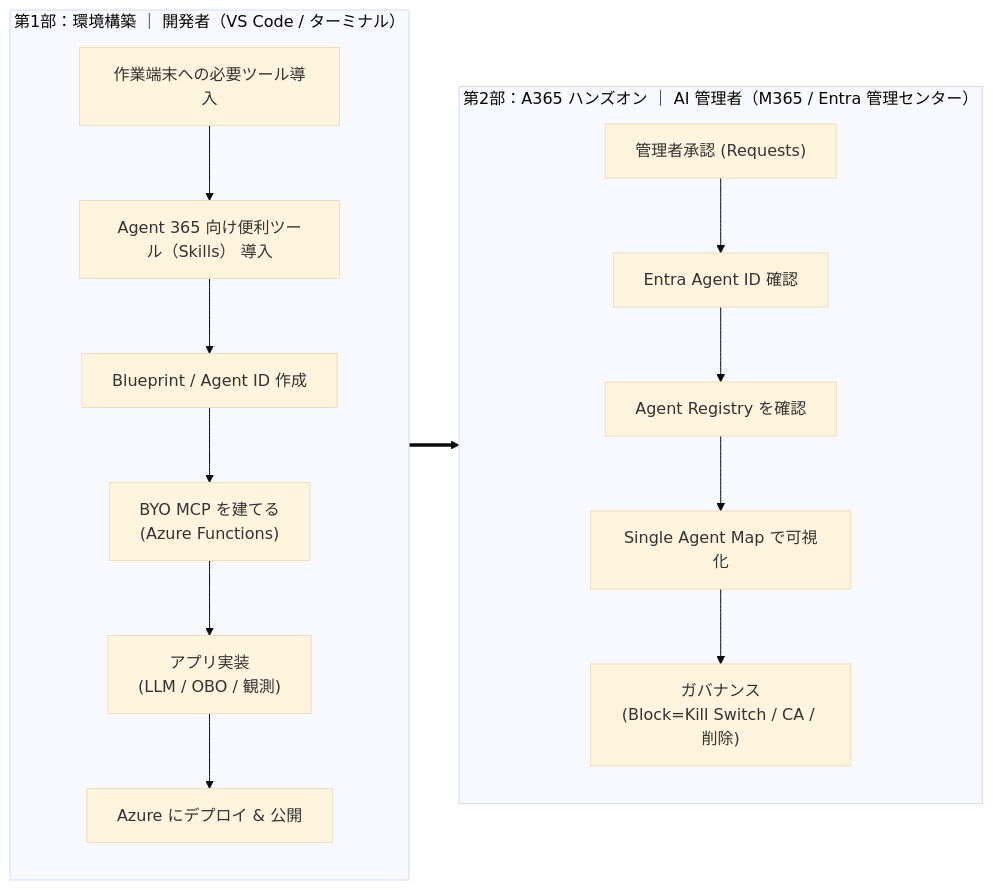
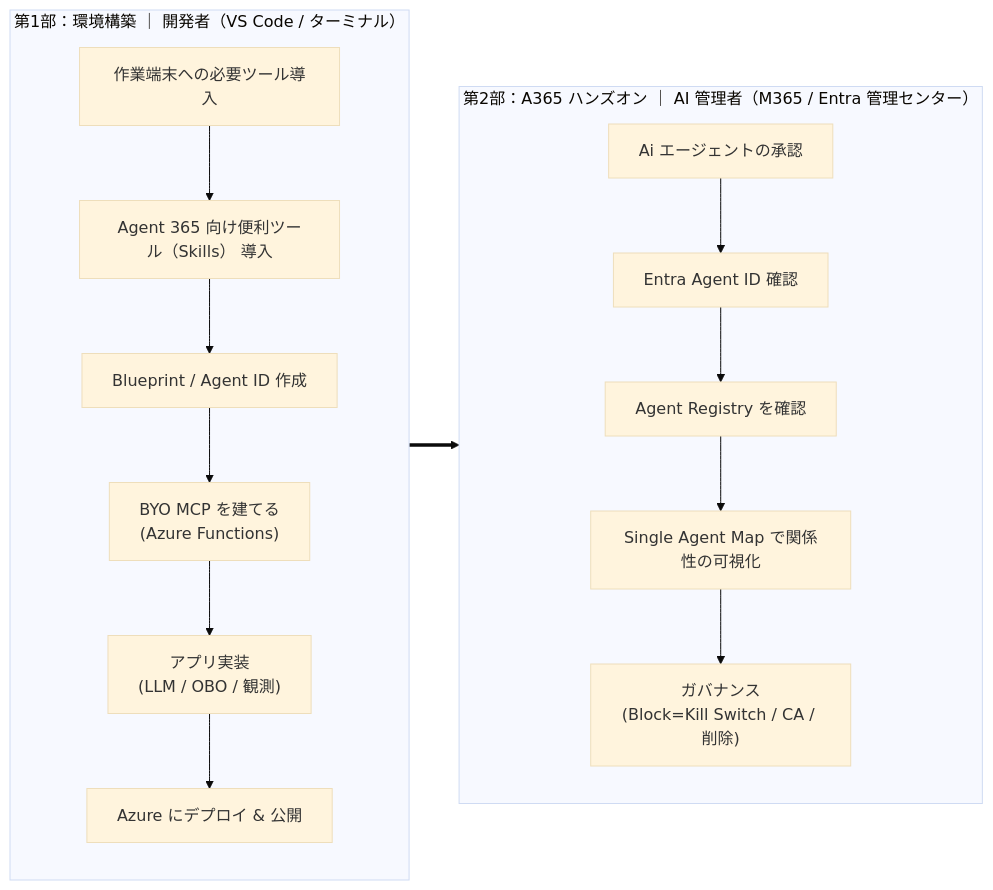
One commit to fatman3110/Agent365-Training changed the diagram in README.MD. Above: the diagram before and after it, drawn with Mermaid (base theme). The commit also changed other lines of this file, not shown here.

Commit message:
docs: 冒頭4点をMermaid順(土台→MCP→本体実装/登録→統制)に整合 / §3にアプリ実装より先の理由を明記

````diff
--- a/README.MD
+++ b/README.MD
@@ -25,16 +25,16 @@
 ```mermaid
 flowchart LR
     subgraph P1["第1部：環境構築 ｜ 開発者（VS Code / ターミナル）"]
         direction TB
         A1["作業端末への必要ツール導入"] --> A2["Agent 365 向け便利ツール（Skills） 導入"] --> A3["Blueprint / Agent ID 作成"]
         A3 --> A4["BYO MCP を建てる<br/>(Azure Functions)"] --> A5["アプリ実装<br/>(LLM / OBO / 観測)"]
         A5 --> A6["Azure にデプロイ & 公開"]
     end
     subgraph P2["第2部：A365 ハンズオン ｜ AI 管理者（M365 / Entra 管理センター）"]
         direction TB
-        B1["管理者承認 (Requests)"] --> B2["Entra Agent ID 確認"]
-        B2 --> B3["Agent Registry を確認"] --> B4["Single Agent Map で可視化"]
+        B1["Ai エージェントの承認"] --> B2["Entra Agent ID 確認"]
+        B2 --> B3["Agent Registry を確認"] --> B4["Single Agent Map で関係性の可視化"]
         B4 --> B5["ガバナンス<br/>(Block=Kill Switch / CA / 削除)"]
     end
     A6 ==> B1
 ```
````
